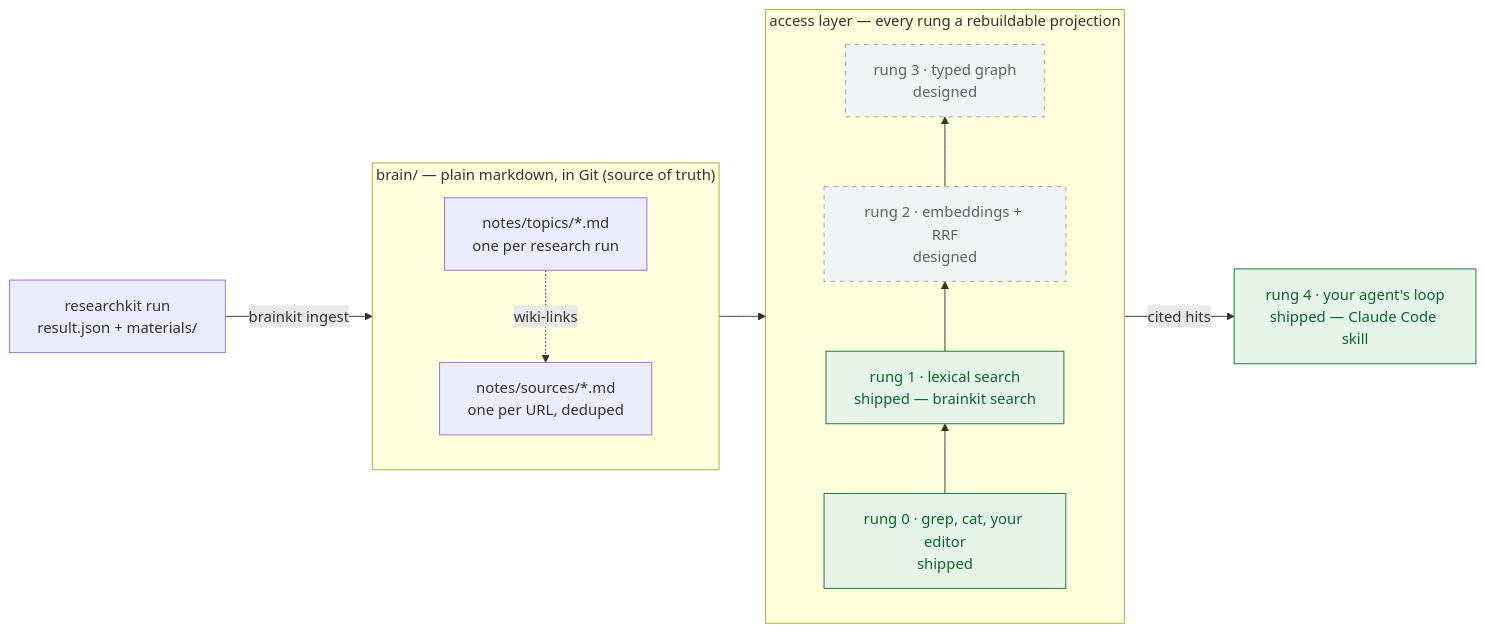
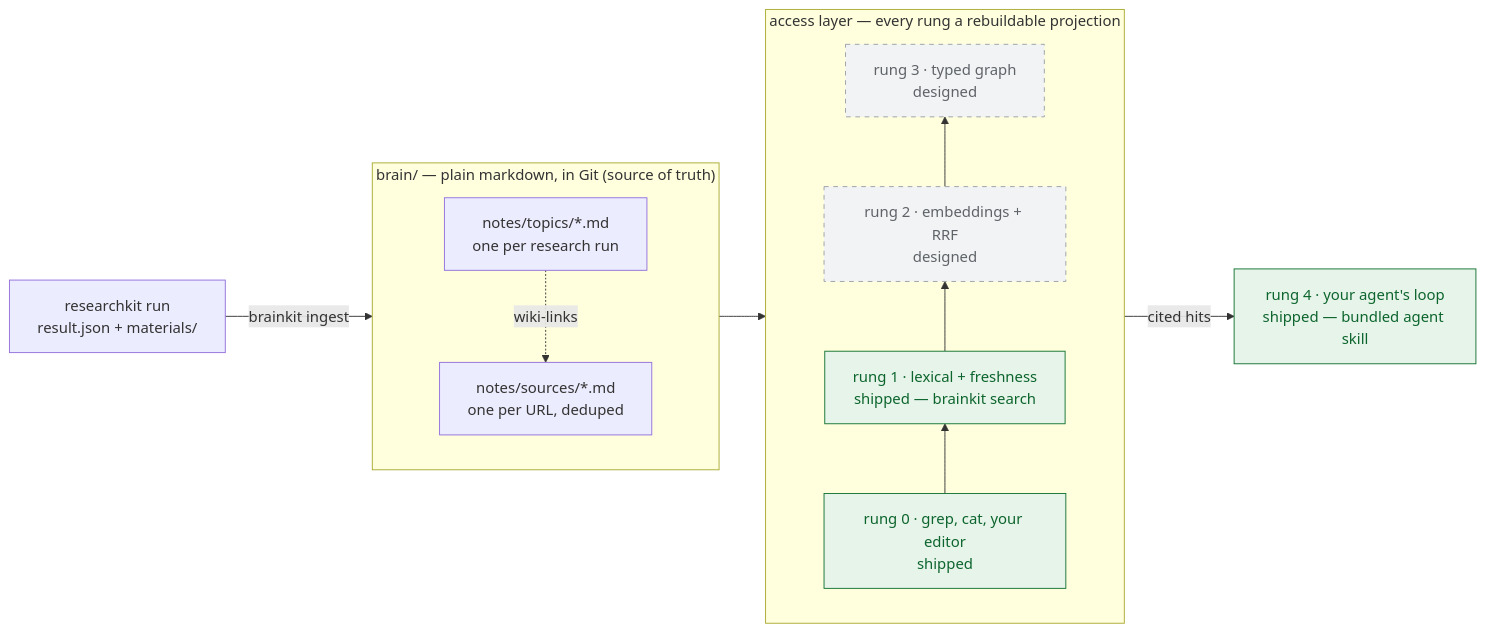
Before and after one commit to Paldom/brainkit: the second of 2 diagrams in README.md, drawn with Mermaid. The commit also changed other lines of this file and 3 other files, not shown here.

````diff
--- a/README.md
+++ b/README.md
@@ -39,24 +39,24 @@
 ```mermaid
 flowchart LR
     RK["researchkit run<br/>result.json + materials/"] -->|brainkit ingest| BRAIN
     subgraph BRAIN["brain/ — plain markdown, in Git (source of truth)"]
         direction TB
         T["notes/topics/*.md<br/>one per research run"]
         S["notes/sources/*.md<br/>one per URL, deduped"]
         T -.->|wiki-links| S
     end
     subgraph LADDER["access layer — every rung a rebuildable projection"]
         direction BT
         R0["rung 0 · grep, cat, your editor<br/>shipped"]
-        R1["rung 1 · lexical search<br/>shipped — brainkit search"]
+        R1["rung 1 · lexical + freshness<br/>shipped — brainkit search"]
         R2["rung 2 · embeddings + RRF<br/>designed"]
         R3["rung 3 · typed graph<br/>designed"]
         R0 --> R1 --> R2 --> R3
     end
     BRAIN --> LADDER
-    LADDER -->|cited hits| AGENT["rung 4 · your agent's loop<br/>shipped — Claude Code skill"]
+    LADDER -->|cited hits| AGENT["rung 4 · your agent's loop<br/>shipped — bundled agent skill"]
     classDef shipped fill:#e6f4ea,stroke:#137333,color:#0d652d
     classDef designed fill:#f1f3f4,stroke:#9aa0a6,color:#5f6368,stroke-dasharray: 5 5
     class R0,R1,AGENT shipped
     class R2,R3 designed
 ```
````
